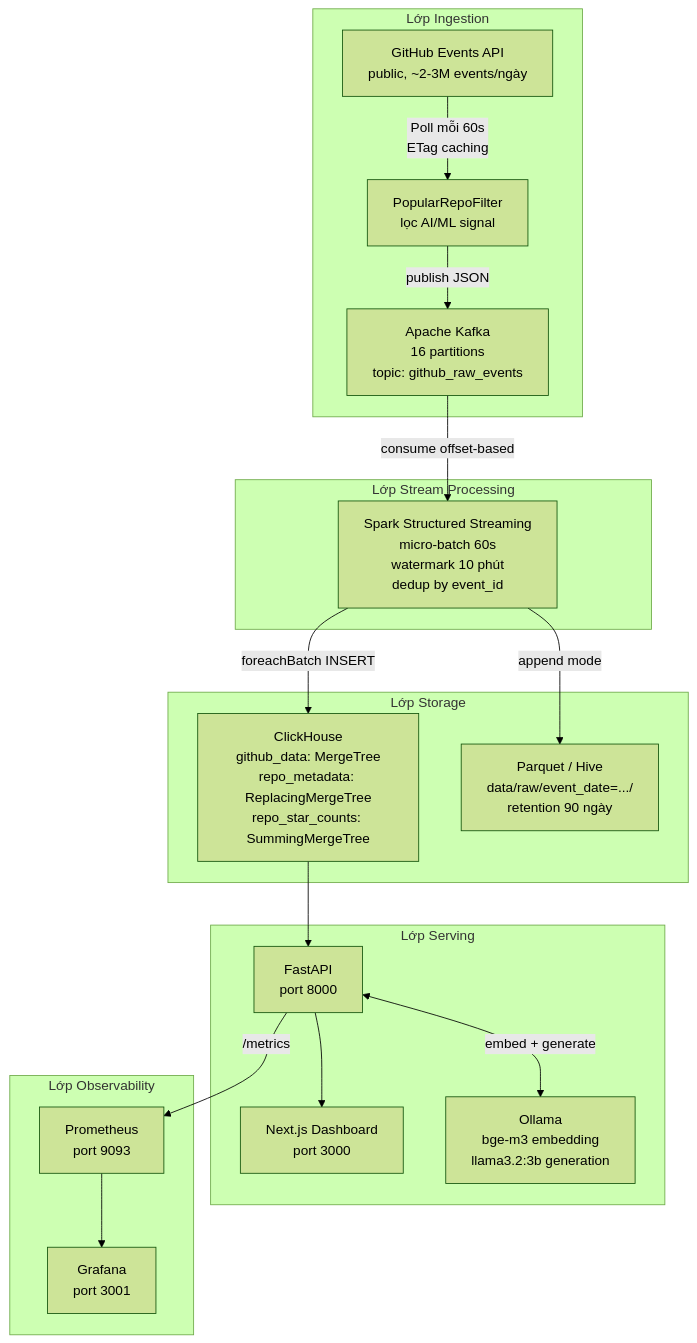
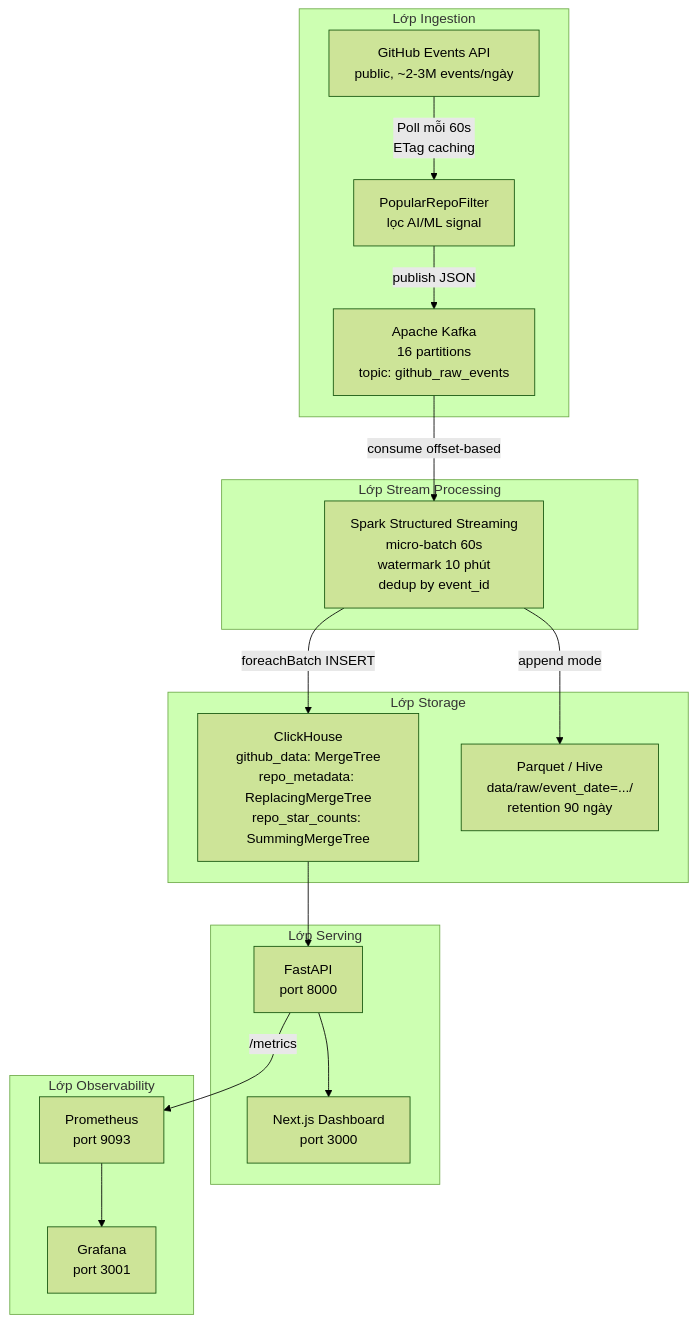
The diagram in docs/mermaid/architecture_overview.mmd (Himlamtech/Github-Analyzer), drawn with Mermaid (forest theme) before and after one commit. The commit also changed 41 other files, not shown here.

```diff
--- a/docs/mermaid/architecture_overview.mmd
+++ b/docs/mermaid/architecture_overview.mmd
@@ -1,36 +1,34 @@
 flowchart TD
     subgraph INGEST["Lớp Ingestion"]
         GH["GitHub Events API<br/>public, ~2-3M events/ngày"]
         FILTER["PopularRepoFilter<br/>lọc AI/ML signal"]
         KAFKA["Apache Kafka<br/>16 partitions<br/>topic: github_raw_events"]
         GH -->|"Poll mỗi 60s<br/>ETag caching"| FILTER
         FILTER -->|"publish JSON"| KAFKA
     end
 
     subgraph PROCESS["Lớp Stream Processing"]
         SPARK["Spark Structured Streaming<br/>micro-batch 60s<br/>watermark 10 phút<br/>dedup by event_id"]
         KAFKA -->|"consume offset-based"| SPARK
     end
 
     subgraph STORAGE["Lớp Storage"]
         CH["ClickHouse<br/>github_data: MergeTree<br/>repo_metadata: ReplacingMergeTree<br/>repo_star_counts: SummingMergeTree"]
         PQ["Parquet / Hive<br/>data/raw/event_date=.../<br/>retention 90 ngày"]
         SPARK -->|"foreachBatch INSERT"| CH
         SPARK -->|"append mode"| PQ
     end
 
     subgraph SERVE["Lớp Serving"]
         API["FastAPI<br/>port 8000"]
         FE["Next.js Dashboard<br/>port 3000"]
-        OLLAMA["Ollama<br/>bge-m3 embedding<br/>llama3.2:3b generation"]
         CH --> API
         API --> FE
-        API <-->|"embed + generate"| OLLAMA
     end
 
     subgraph OBS["Lớp Observability"]
         PROM["Prometheus<br/>port 9093"]
         GRAF["Grafana<br/>port 3001"]
         API -->|"/metrics"| PROM
         PROM --> GRAF
     end
```
